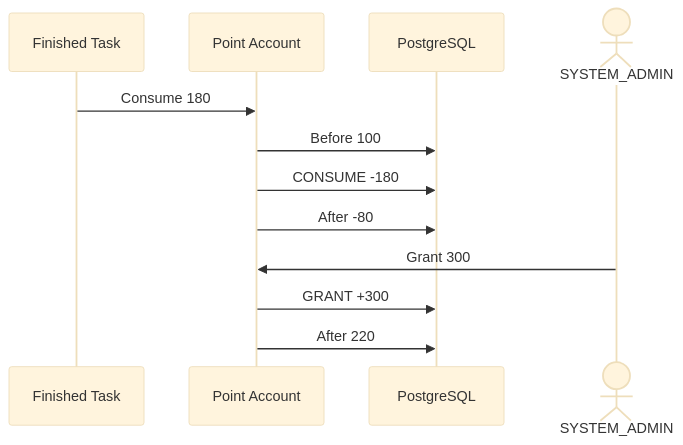
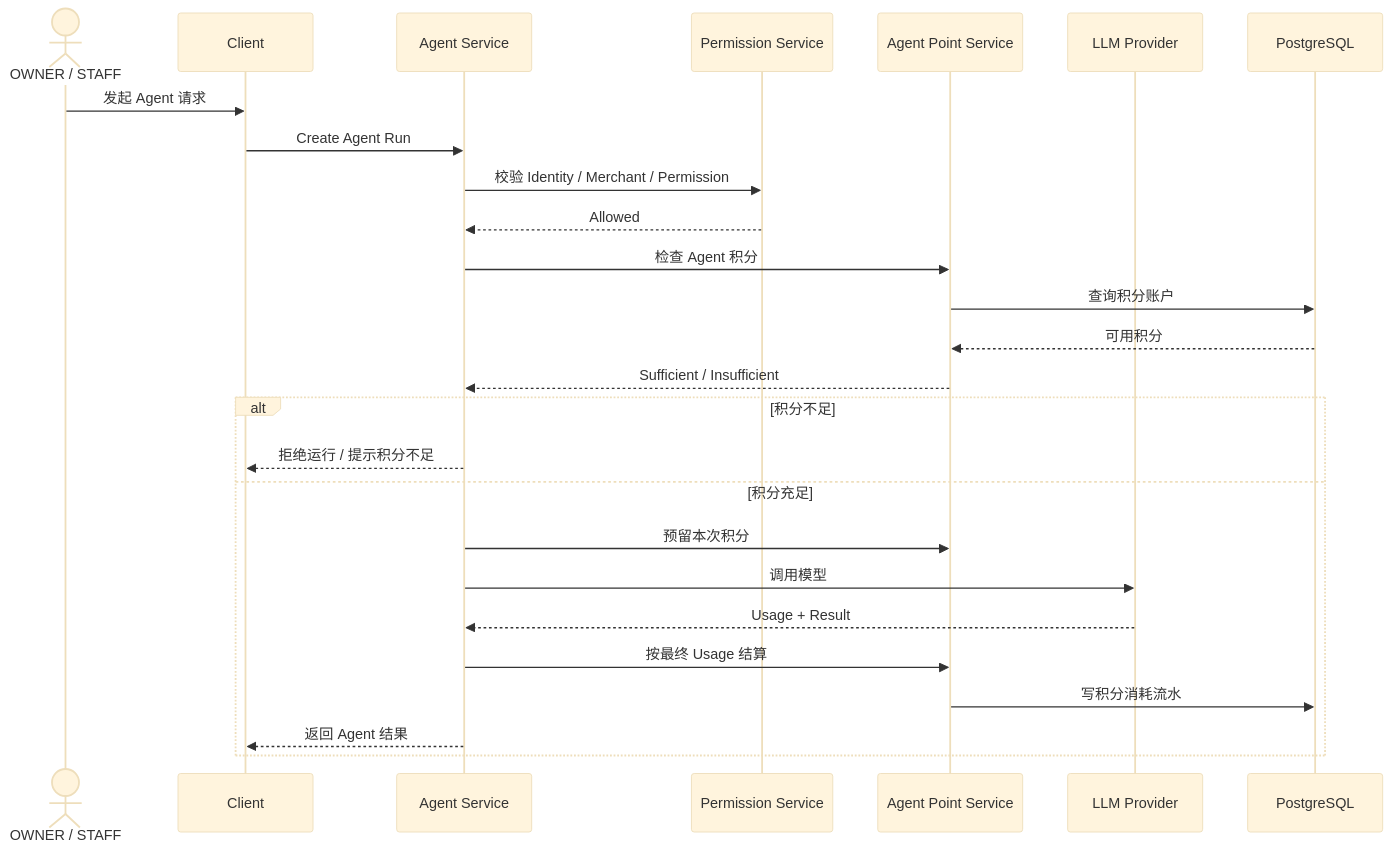
Before and after one commit to sxyq/mastergoods: the fourth of 7 diagrams in docs/system-design/01-账户与身份/07-Agent积分账户.md, drawn with Mermaid (base theme). The commit also changed other lines of this file and 12 other files, not shown here.

Commit message:
docs(system-design): sync detailed design and explain flows

````diff
--- a/docs/system-design/01-账户与身份/07-Agent积分账户.md
+++ b/docs/system-design/01-账户与身份/07-Agent积分账户.md
@@ -115,16 +178,32 @@
 ```mermaid
 sequenceDiagram
-    participant TASK as Finished Task
-    participant POINT as Point Account
+    actor U as OWNER / STAFF
+    participant C as Client
+    participant A as Agent Service
+    participant P as Permission Service
+    participant POINT as Agent Point Service
+    participant LLM as LLM Provider
     participant DB as PostgreSQL
-    actor SA as SYSTEM_ADMIN
 
-    TASK->>POINT: Consume 180
-    POINT->>DB: Before 100
-    POINT->>DB: CONSUME -180
-    POINT->>DB: After -80
+    U->>C: 发起 Agent 请求
+    C->>A: Create Agent Run
 
-    SA->>POINT: Grant 300
-    POINT->>DB: GRANT +300
-    POINT->>DB: After 220
+    A->>P: 校验 Identity / Merchant / Permission
+    P-->>A: Allowed
+
+    A->>POINT: 检查 Agent 积分
+    POINT->>DB: 查询积分账户
+    DB-->>POINT: 可用积分
+    POINT-->>A: Sufficient / Insufficient
+
+    alt 积分不足
+        A-->>C: 拒绝运行 / 提示积分不足
+    else 积分充足
+        A->>POINT: 预留本次积分
+        A->>LLM: 调用模型
+        LLM-->>A: Usage + Result
+        A->>POINT: 按最终 Usage 结算
+        POINT->>DB: 写积分消耗流水
+        A-->>C: 返回 Agent 结果
+    end
 ```
````
